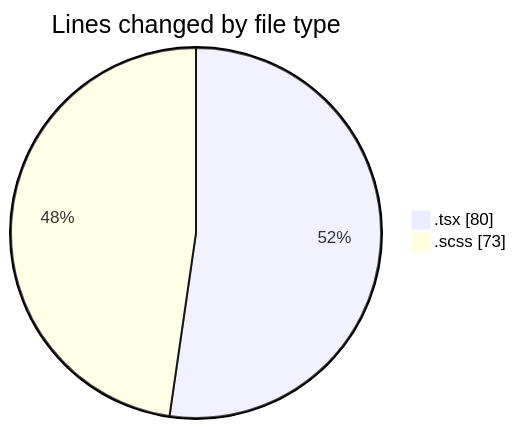
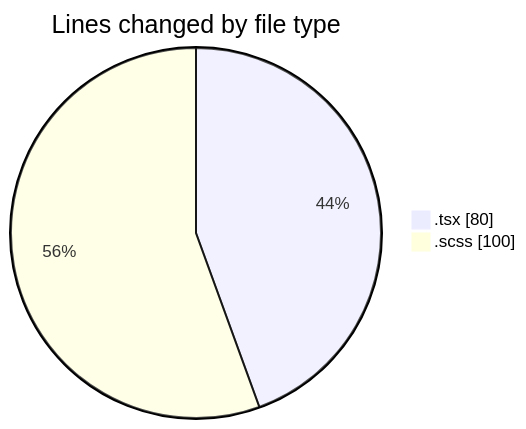
The first of 2 diagrams in 2026-04-16/cda/README.md (momahboobian/code-tracking), drawn with Mermaid before and after one commit. The commit also changed other lines of this file and 1 other file, not shown here.

````diff
--- a/2026-04-16/cda/README.md
+++ b/2026-04-16/cda/README.md
@@ -22,6 +22,6 @@
 ```mermaid
 pie showData
 title Lines changed by file type
 ".tsx" : 80
-".scss" : 73
+".scss" : 100
 ```
````
